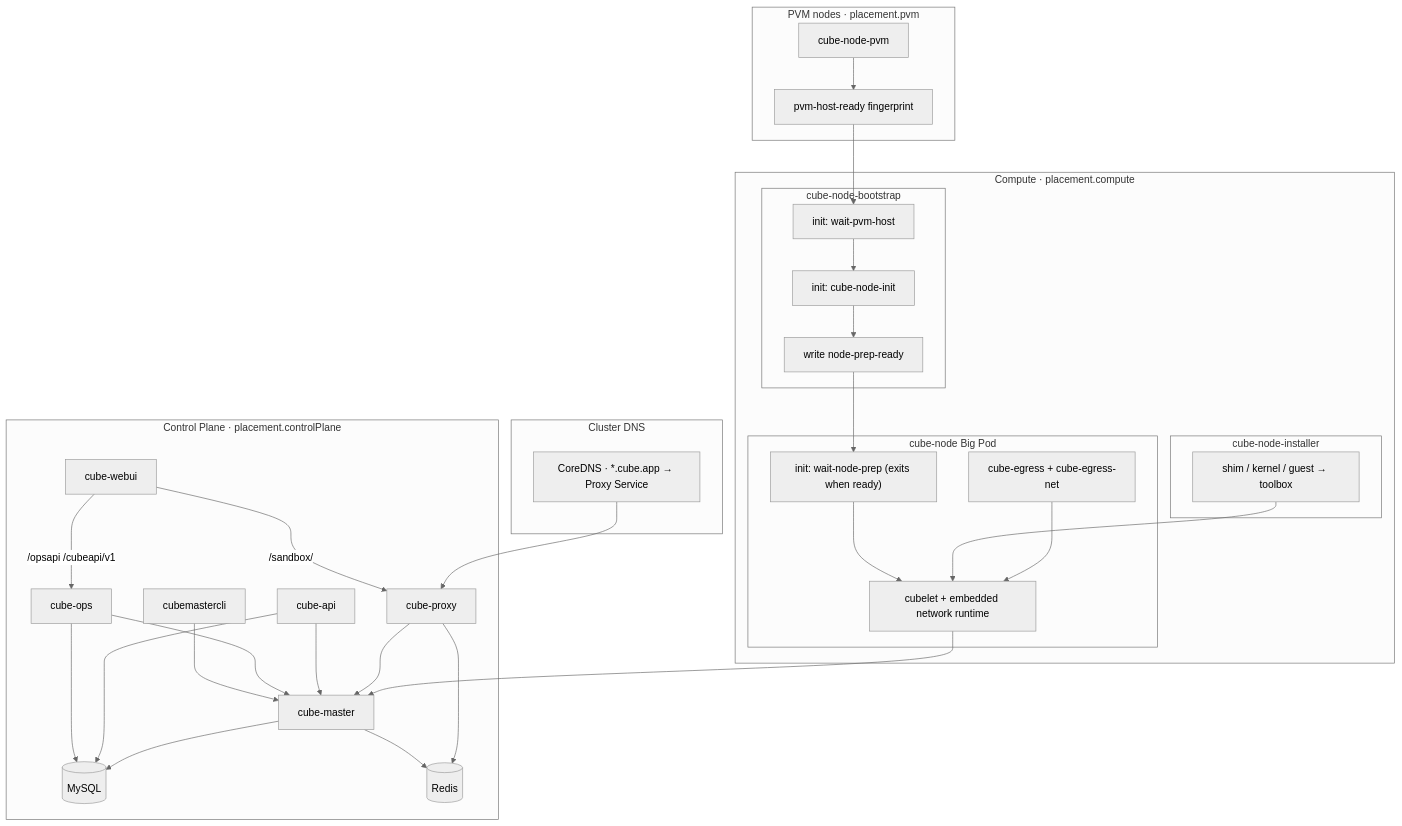
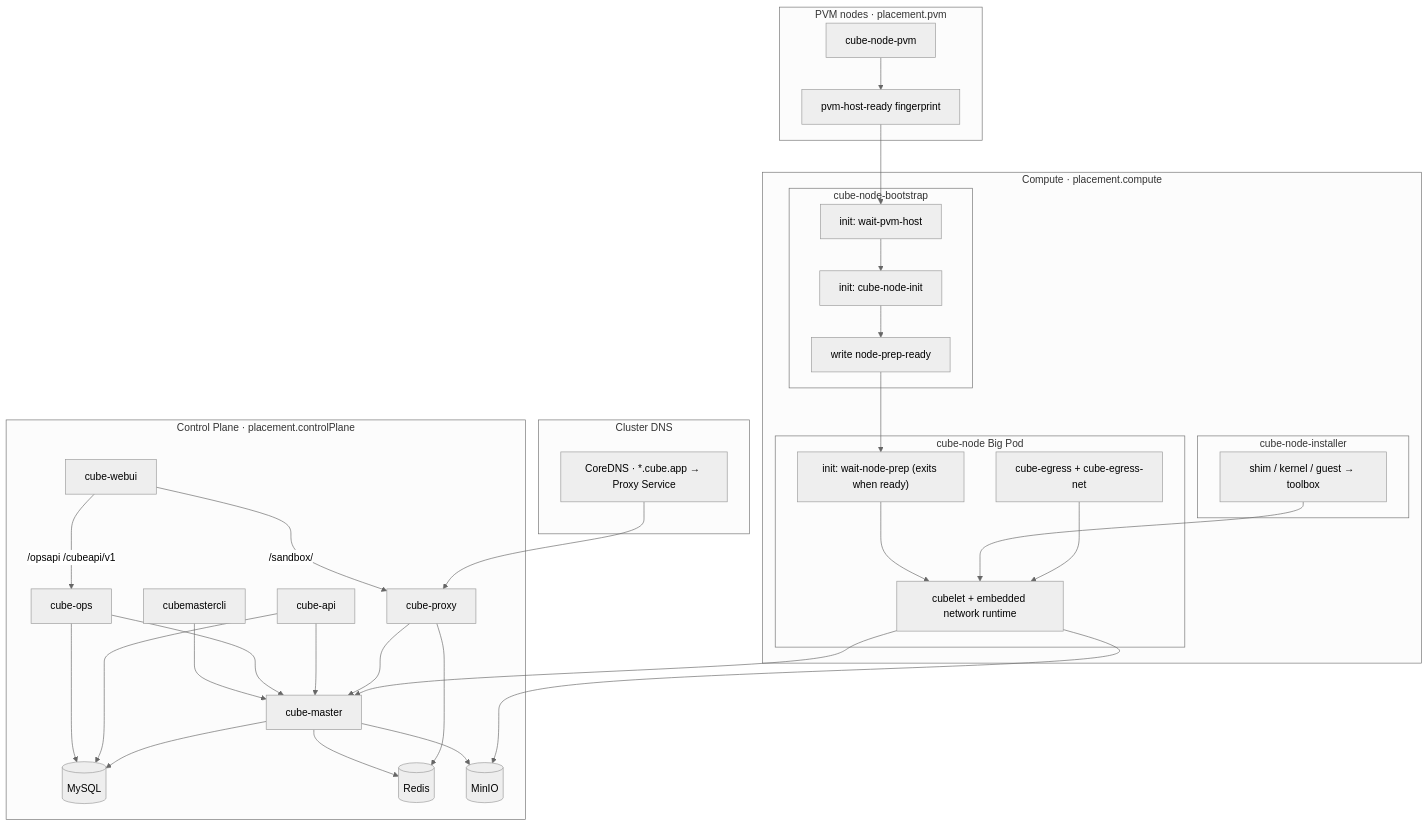
One commit to TencentCloud/CubeSandbox changed the first of 9 diagrams in docs/guide/kubernetes/architecture.md. Above: the diagram before and after it, drawn with Mermaid (neutral theme). The commit also changed other lines of this file and 66 other files, not shown here.

````diff
--- a/docs/guide/kubernetes/architecture.md
+++ b/docs/guide/kubernetes/architecture.md
@@ -30,60 +30,63 @@
 ```mermaid
 flowchart TB
   subgraph CP["Control Plane · placement.controlPlane"]
     CM["cube-master"]
     API["cube-api"]
     OPS["cube-ops"]
     WEB["cube-webui"]
     CLI["cubemastercli"]
     MYSQL[("MySQL")]
     REDIS[("Redis")]
+    MINIO[("MinIO")]
     PROXY["cube-proxy"]
   end
 
   subgraph CLUSTER["Cluster DNS"]
     KDNS["CoreDNS · *.cube.app → Proxy Service"]
   end
 
   subgraph PVMN["PVM nodes · placement.pvm"]
     PVMDS["cube-node-pvm"]
     PVMREADY["pvm-host-ready fingerprint"]
   end
 
   subgraph COMPUTE["Compute · placement.compute"]
     subgraph BOOT["cube-node-bootstrap"]
       WAITPVM["init: wait-pvm-host"]
       NINIT["init: cube-node-init"]
       READY["write node-prep-ready"]
     end
     subgraph INST["cube-node-installer"]
       ART["shim / kernel / guest → toolbox"]
     end
     subgraph NODE["cube-node Big Pod"]
       WAIT["init: wait-node-prep (exits when ready)"]
       RUN["cubelet + embedded network runtime"]
       EG["cube-egress + cube-egress-net"]
     end
   end
 
   WEB -->|"/opsapi /cubeapi/v1"| OPS
   WEB -->|"/sandbox/"| PROXY
   CLI --> CM
   OPS --> CM
   OPS --> MYSQL
   API --> CM
   API --> MYSQL
   CM --> MYSQL
   CM --> REDIS
+  CM --> MINIO
+  RUN --> MINIO
   PROXY --> REDIS
   PROXY --> CM
   KDNS --> PROXY
   PVMDS --> PVMREADY
   PVMREADY --> WAITPVM
   WAITPVM --> NINIT
   NINIT --> READY
   READY --> WAIT
   WAIT --> RUN
   ART --> RUN
   RUN --> CM
   EG --> RUN
 ```
````
